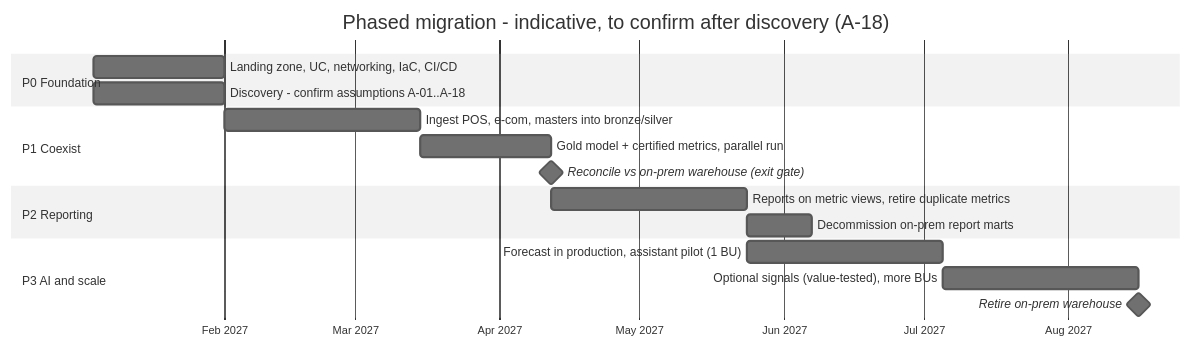
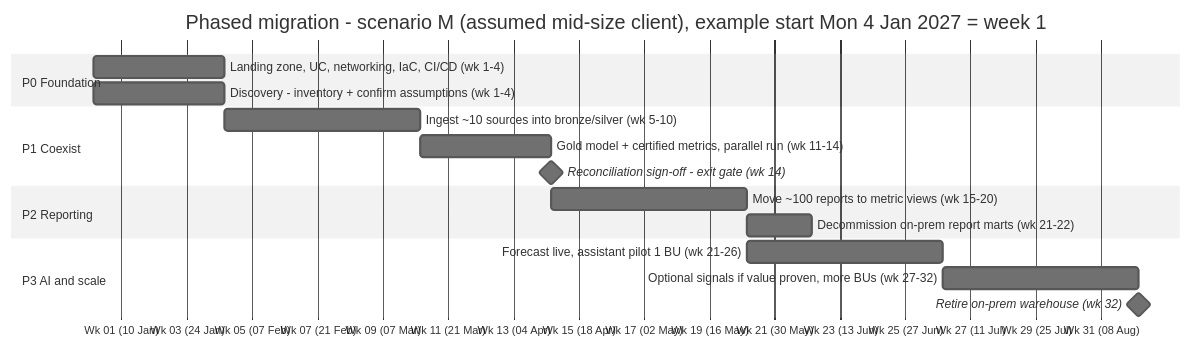
One commit to ashok100025/cpg-data-ai-modernization changed the diagram in docs/architecture/diagrams/03_migration_phases.mmd. Above: the diagram before and after it, drawn with Mermaid (neutral theme). The commit also changed 70 other files, not shown here.

```diff
--- a/docs/architecture/diagrams/03_migration_phases.mmd
+++ b/docs/architecture/diagrams/03_migration_phases.mmd
@@ -1,18 +1,19 @@
 gantt
-  title Phased migration - indicative, to confirm after discovery (A-18)
+  title Phased migration - scenario M (assumed mid-size client), example start Mon 4 Jan 2027 = week 1
   dateFormat YYYY-MM-DD
-  axisFormat %b %Y
+  axisFormat Wk %W (%d %b)
+  tickInterval 2week
   section P0 Foundation
-  Landing zone, UC, networking, IaC, CI/CD           :p0a, 2027-01-04, 4w
-  Discovery - confirm assumptions A-01..A-18          :p0b, 2027-01-04, 4w
+  Landing zone, UC, networking, IaC, CI/CD (wk 1-4)        :p0a, 2027-01-04, 4w
+  Discovery - inventory + confirm assumptions (wk 1-4)     :p0b, 2027-01-04, 4w
   section P1 Coexist
-  Ingest POS, e-com, masters into bronze/silver       :p1a, after p0a, 6w
-  Gold model + certified metrics, parallel run        :p1b, after p1a, 4w
-  Reconcile vs on-prem warehouse (exit gate)          :milestone, m1, after p1b, 0d
+  Ingest ~10 sources into bronze/silver (wk 5-10)          :p1a, after p0a, 6w
+  Gold model + certified metrics, parallel run (wk 11-14)  :p1b, after p1a, 4w
+  Reconciliation sign-off - exit gate (wk 14)              :milestone, m1, after p1b, 0d
   section P2 Reporting
-  Reports on metric views, retire duplicate metrics   :p2a, after m1, 6w
-  Decommission on-prem report marts                   :p2b, after p2a, 2w
+  Move ~100 reports to metric views (wk 15-20)             :p2a, after m1, 6w
+  Decommission on-prem report marts (wk 21-22)             :p2b, after p2a, 2w
   section P3 AI and scale
-  Forecast in production, assistant pilot (1 BU)      :p3a, after p2a, 6w
-  Optional signals (value-tested), more BUs           :p3b, after p3a, 6w
-  Retire on-prem warehouse                            :milestone, m3, after p3b, 0d
+  Forecast live, assistant pilot 1 BU (wk 21-26)           :p3a, after p2a, 6w
+  Optional signals if value proven, more BUs (wk 27-32)    :p3b, after p3a, 6w
+  Retire on-prem warehouse (wk 32)                         :milestone, m3, after p3b, 0d
```
